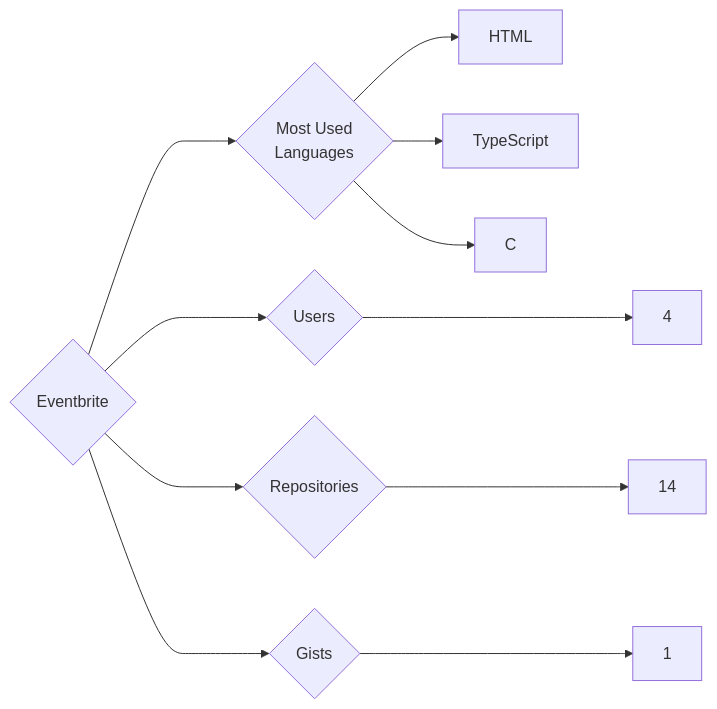
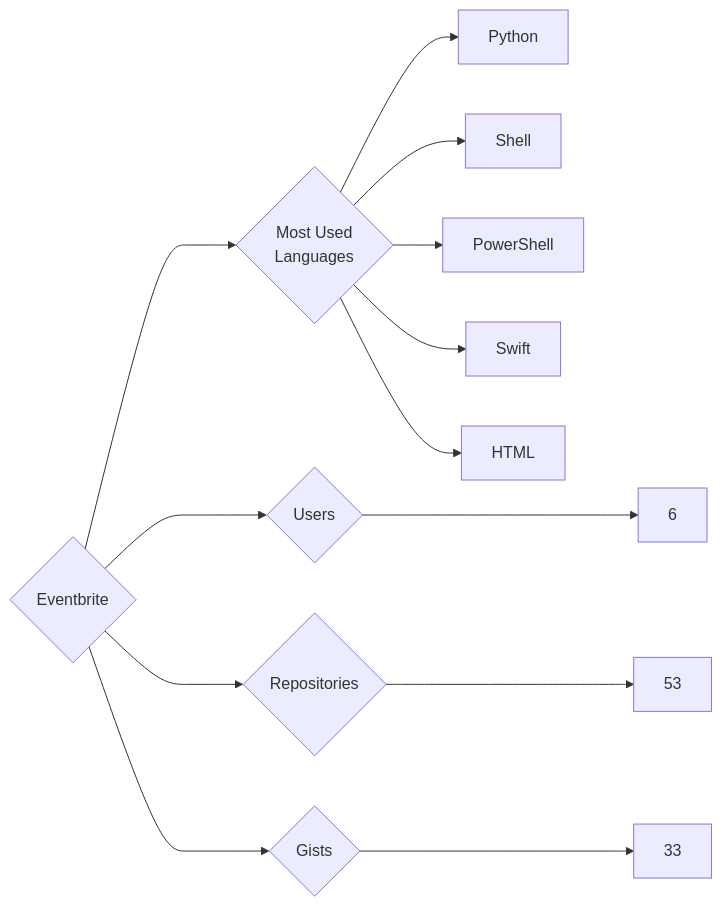
Before and after one commit to trickest/insiders: the diagram in targets/Eventbrite/README.md, drawn with Mermaid. The commit also changed 1167 other files, not shown here.

````diff
--- a/targets/Eventbrite/README.md
+++ b/targets/Eventbrite/README.md
@@ -3,11 +3,13 @@
 ```mermaid
 graph LR
 COMPANY_NAME{Eventbrite}
-COMPANY_NAME ---> U{Users} ---> UN[4]
-COMPANY_NAME ---> R{Repositories} ---> RN[14]
-COMPANY_NAME ---> G{Gists} ---> GN[1]
+COMPANY_NAME ---> U{Users} ---> UN[6]
+COMPANY_NAME ---> R{Repositories} ---> RN[53]
+COMPANY_NAME ---> G{Gists} ---> GN[33]
 COMPANY_NAME ---> ML{Most Used<br>Languages}
+ML --> Python[Python]
+ML --> Shell[Shell]
+ML --> PowerShell[PowerShell]
+ML --> Swift[Swift]
 ML --> HTML[HTML]
-ML --> TypeScript[TypeScript]
-ML --> C[C]
 ```
````
